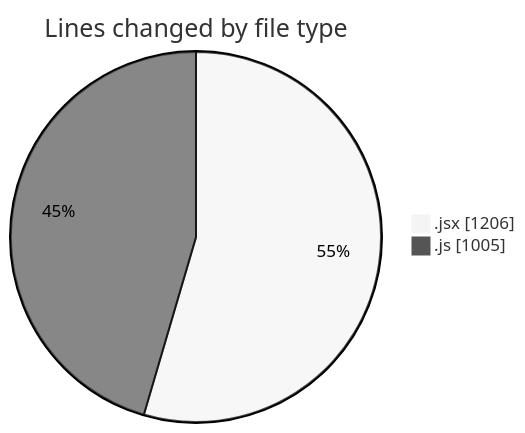
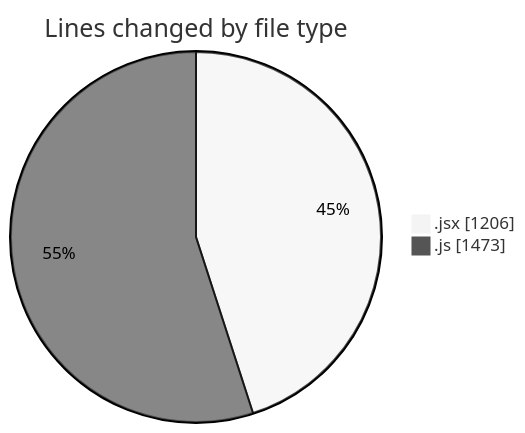
One commit to nxtqubesakshisongat/code-tracking changed the first of 2 diagrams in 2025-07-25/nxtqube_webapp/README.md. Above: the diagram before and after it, drawn with Mermaid (neutral theme). The commit also changed other lines of this file and 1 other file, not shown here.

````diff
--- a/2025-07-25/nxtqube_webapp/README.md
+++ b/2025-07-25/nxtqube_webapp/README.md
@@ -28,6 +29,6 @@
 ```mermaid
 pie showData
 title Lines changed by file type
 ".jsx" : 1206
-".js" : 1005
+".js" : 1473
 ```
````
